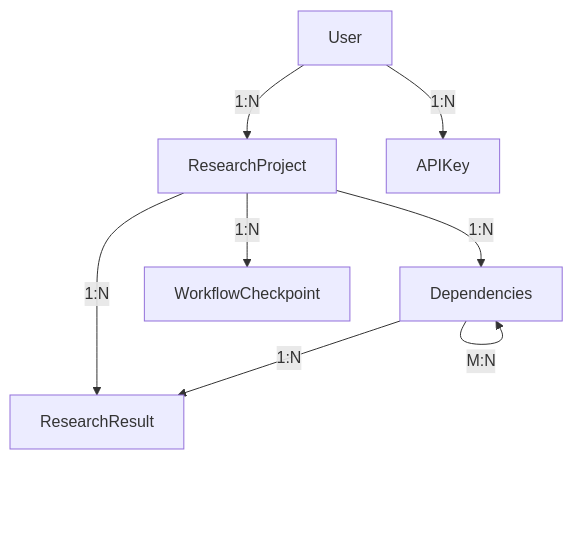
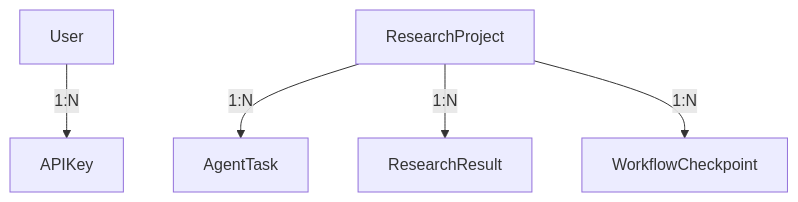
One commit to jsogarro/cerebro changed the diagram in docs/database-architecture.md. Above: the diagram before and after it, drawn with Mermaid. The commit also changed other lines of this file and 36 other files, not shown here.

First line of the commit message:
docs: align all documentation with the current architecture

````diff
--- a/docs/database-architecture.md
+++ b/docs/database-architecture.md
@@ -181,10 +186,7 @@
 ```mermaid
 graph TD
-    User -->|1:N| ResearchProject
     User -->|1:N| APIKey
     ResearchProject -->|1:N| AgentTask
     ResearchProject -->|1:N| ResearchResult
     ResearchProject -->|1:N| WorkflowCheckpoint
-    AgentTask -->|1:N| ResearchResult
-    AgentTask -->|M:N| AgentTask[Dependencies]
 ```
````
